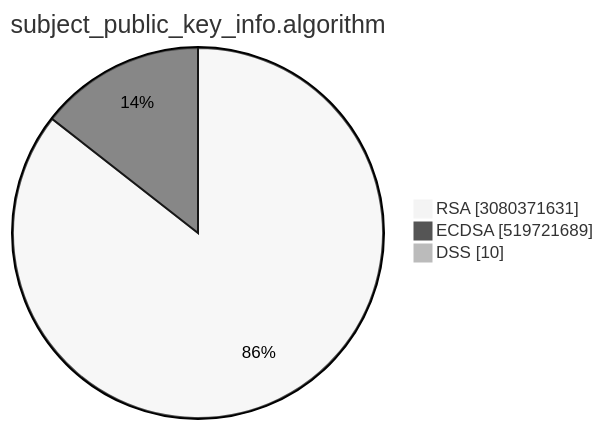
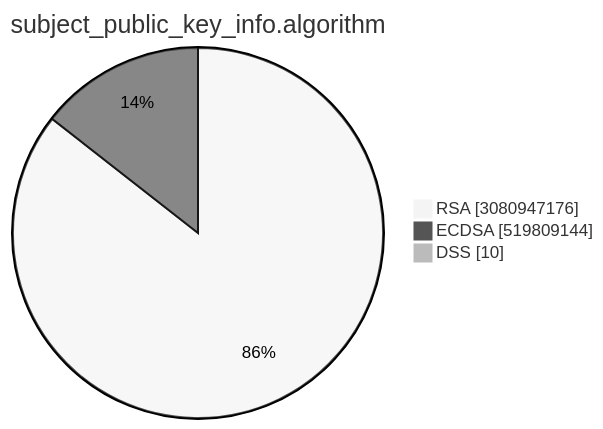
Before and after one commit to christiankrug/ctmonitor_visualization: the second of 15 diagrams in TOTAL/README.md, drawn with Mermaid (neutral theme). The commit also changed other lines of this file, not shown here.

````diff
--- a/TOTAL/README.md
+++ b/TOTAL/README.md
@@ -6,7 +6,7 @@
 ```mermaid
 pie showData
 title subject_public_key_info.algorithm
-"RSA" :3080371631
-"ECDSA" :519721689
+"RSA" :3080947176
+"ECDSA" :519809144
 "DSS" :10
 ```
````
